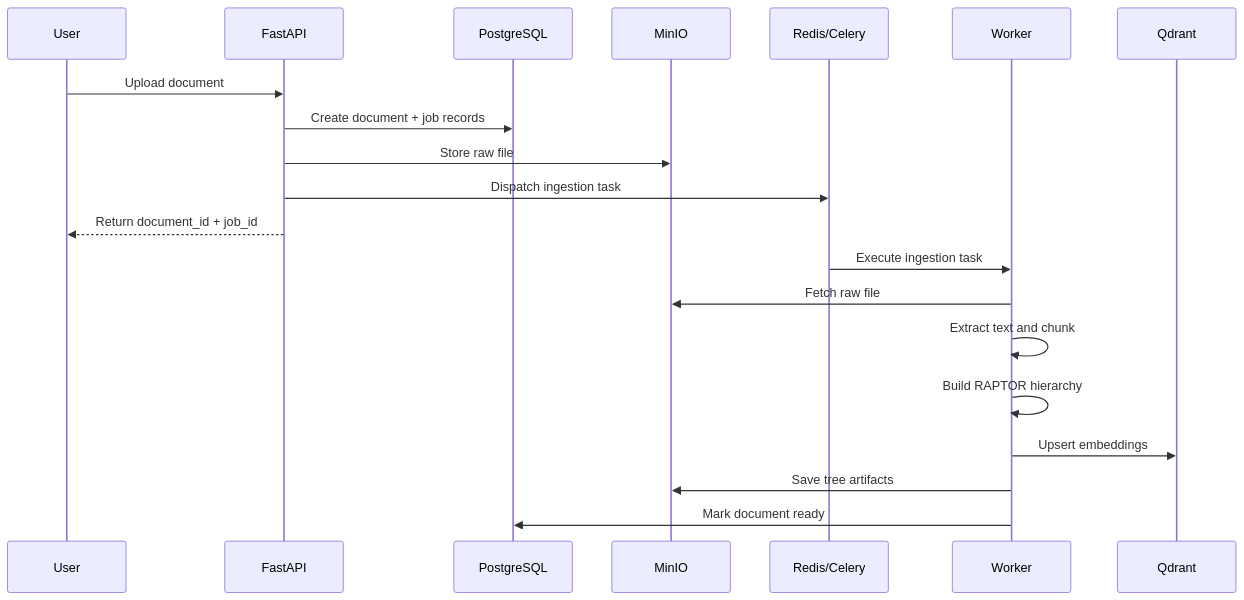
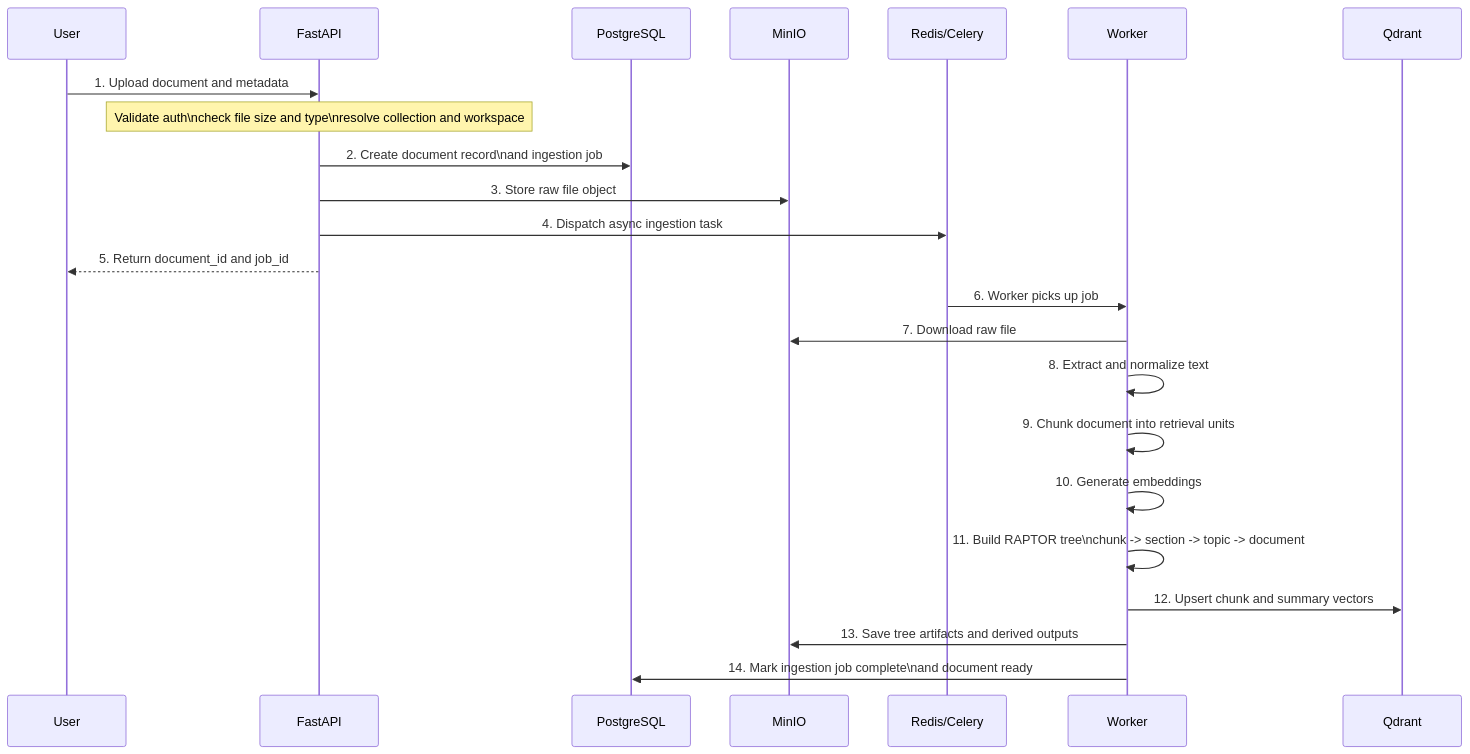
Before and after one commit to priyankmistry21699-web/raptor-research-assistant: the second of 4 diagrams in README.md, drawn with Mermaid. The commit also changed other lines of this file, not shown here.

Commit message:
Enhance README diagrams with detailed color visuals

````diff
--- a/README.md
+++ b/README.md
@@ -90,24 +105,27 @@
 ```mermaid
 sequenceDiagram
   participant U as User
   participant API as FastAPI
   participant PG as PostgreSQL
   participant S3 as MinIO
   participant Q as Redis/Celery
   participant W as Worker
   participant V as Qdrant
 
-  U->>API: Upload document
-  API->>PG: Create document + job records
-  API->>S3: Store raw file
-  API->>Q: Dispatch ingestion task
-  API-->>U: Return document_id + job_id
+  U->>API: 1. Upload document and metadata
+  Note over API: Validate auth\ncheck file size and type\nresolve collection and workspace
+  API->>PG: 2. Create document record\nand ingestion job
+  API->>S3: 3. Store raw file object
+  API->>Q: 4. Dispatch async ingestion task
+  API-->>U: 5. Return document_id and job_id
 
-  Q->>W: Execute ingestion task
-  W->>S3: Fetch raw file
-  W->>W: Extract text and chunk
-  W->>W: Build RAPTOR hierarchy
-  W->>V: Upsert embeddings
-  W->>S3: Save tree artifacts
-  W->>PG: Mark document ready
+  Q->>W: 6. Worker picks up job
+  W->>S3: 7. Download raw file
+  W->>W: 8. Extract and normalize text
+  W->>W: 9. Chunk document into retrieval units
+  W->>W: 10. Generate embeddings
+  W->>W: 11. Build RAPTOR tree\nchunk -> section -> topic -> document
+  W->>V: 12. Upsert chunk and summary vectors
+  W->>S3: 13. Save tree artifacts and derived outputs
+  W->>PG: 14. Mark ingestion job complete\nand document ready
 ```
````
